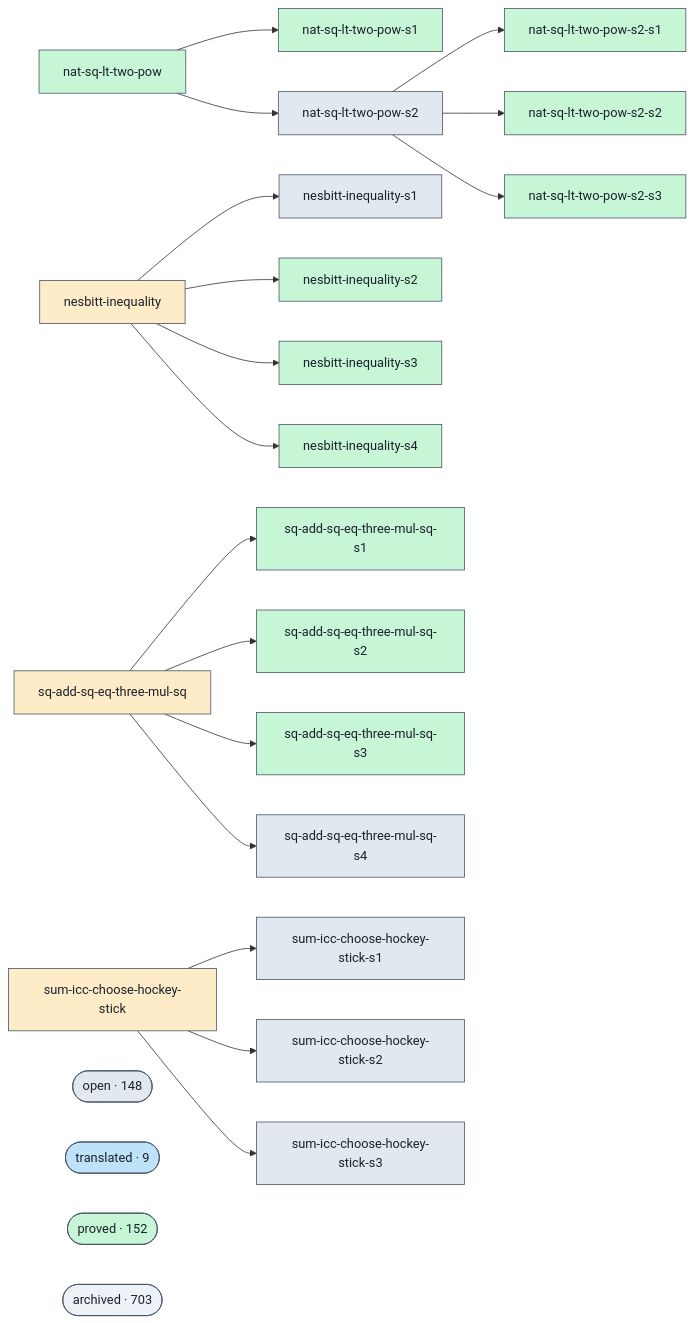
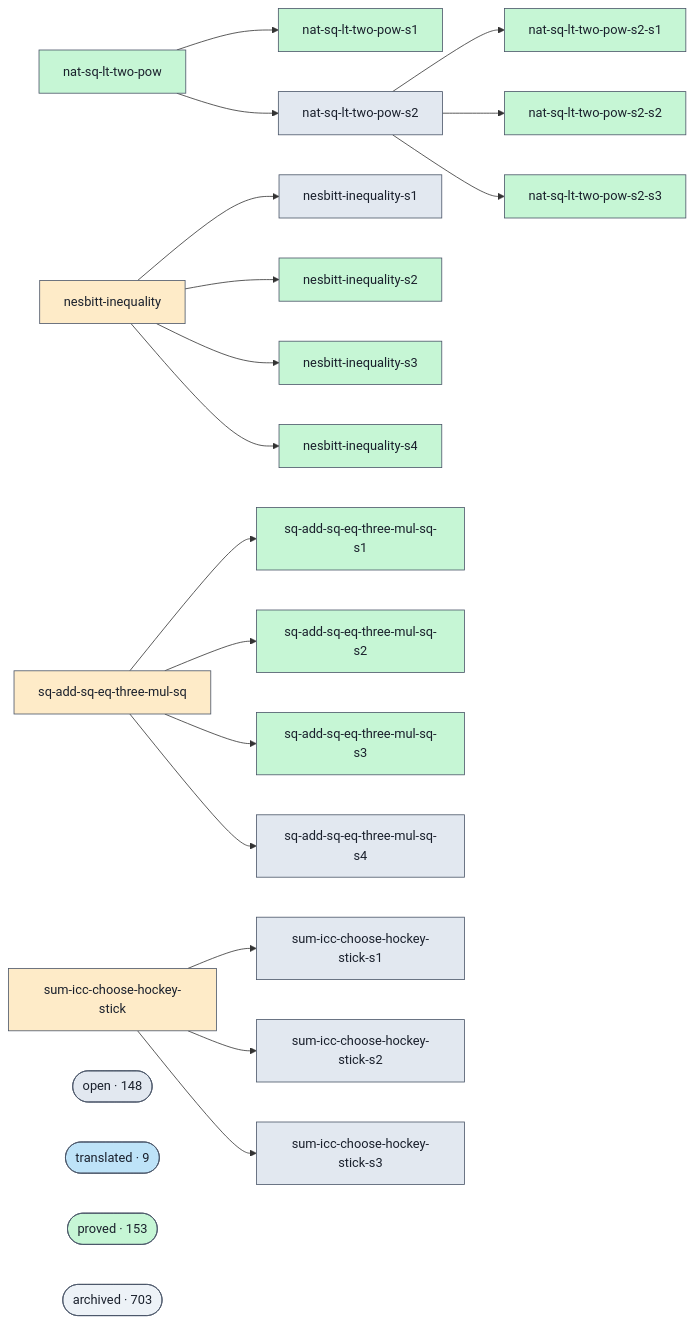
One commit to ohdearquant/unsorry changed the diagram in docs/proofs-contributors-visualisation.md. Above: the diagram before and after it, drawn with Mermaid. The commit also changed other lines of this file and 2 other files, not shown here.

```diff
--- a/docs/proofs-contributors-visualisation.md
+++ b/docs/proofs-contributors-visualisation.md
@@ -102,7 +102,7 @@
   class cluster_open open;
   cluster_translated(["translated · 9"])
   class cluster_translated translated;
-  cluster_proved(["proved · 152"])
+  cluster_proved(["proved · 153"])
   class cluster_proved proved;
   cluster_archived(["archived · 703"])
   class cluster_archived unknown;
```
